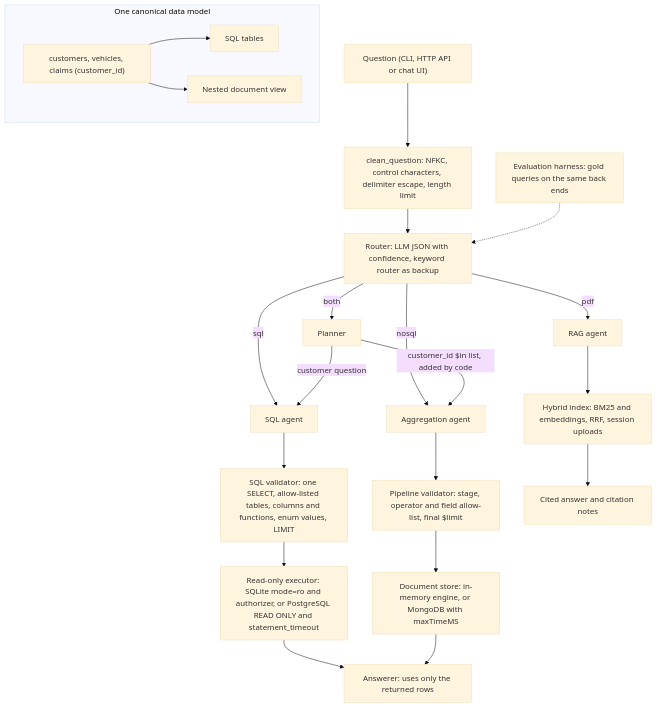
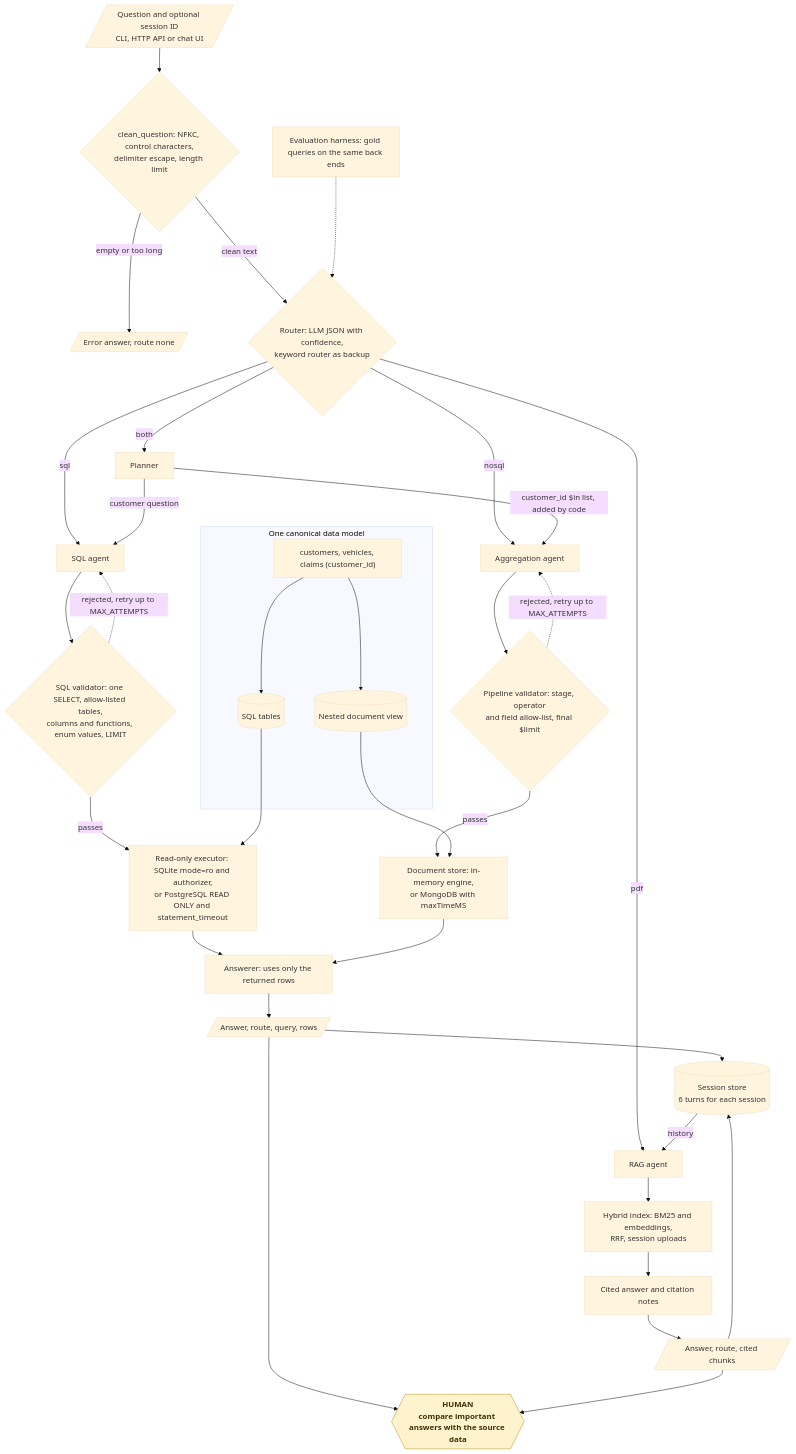
One commit to KrishnaAnnavaram/policypilot changed the fifth of 23 diagrams in README.md. Above: the diagram before and after it, drawn with Mermaid (base theme). The commit also changed other lines of this file, not shown here.

Commit message:
Add the workflow diagrams to the README

````diff
--- a/README.md
+++ b/README.md
@@ -229,24 +308,39 @@
 ```mermaid
-flowchart TB
-    Q["Question (CLI, HTTP API or chat UI)"] --> C["clean_question: NFKC, control characters, delimiter escape, length limit"]
-    C --> R["Router: LLM JSON with confidence, keyword router as backup"]
-    R -->|"sql"| S["SQL agent"]
-    R -->|"nosql"| M["Aggregation agent"]
-    R -->|"both"| P["Planner"]
-    R -->|"pdf"| G["RAG agent"]
-    S --> SV["SQL validator: one SELECT, allow-listed tables, columns and functions, enum values, LIMIT"]
-    SV --> SX["Read-only executor: SQLite mode=ro and authorizer, or PostgreSQL READ ONLY and statement_timeout"]
-    M --> MV["Pipeline validator: stage, operator and field allow-list, final $limit"]
-    MV --> MX["Document store: in-memory engine, or MongoDB with maxTimeMS"]
-    P -->|"customer question"| S
-    P -->|"customer_id $in list, added by code"| M
-    G --> IX["Hybrid index: BM25 and embeddings, RRF, session uploads"]
+flowchart TD
+    Q[/"Question and optional session ID<br/>CLI, HTTP API or chat UI"/] --> C{"clean_question: NFKC, control characters,<br/>delimiter escape, length limit"}
+    C -- "empty or too long" --> ERR[/"Error answer, route none"/]
+    C -- "clean text" --> R{"Router: LLM JSON with confidence,<br/>keyword router as backup"}
+    R -- "sql" --> S["SQL agent"]
+    R -- "nosql" --> M["Aggregation agent"]
+    R -- "both" --> P["Planner"]
+    R -- "pdf" --> G["RAG agent"]
+    S --> SV{"SQL validator: one SELECT, allow-listed tables,<br/>columns and functions, enum values, LIMIT"}
+    SV -- "passes" --> SX["Read-only executor: SQLite mode=ro and authorizer,<br/>or PostgreSQL READ ONLY and statement_timeout"]
+    M --> MV{"Pipeline validator: stage, operator<br/>and field allow-list, final $limit"}
+    MV -- "passes" --> MX["Document store: in-memory engine,<br/>or MongoDB with maxTimeMS"]
+    SV -. "rejected, retry up to MAX_ATTEMPTS" .-> S
+    MV -. "rejected, retry up to MAX_ATTEMPTS" .-> M
+    P -- "customer question" --> S
+    P -- "customer_id $in list, added by code" --> M
+    HIST[("Session store<br/>6 turns for each session")] -- "history" --> G
+    G --> IX["Hybrid index: BM25 and embeddings,<br/>RRF, session uploads"]
     SX --> A["Answerer: uses only the returned rows"]
     MX --> A
     IX --> A2["Cited answer and citation notes"]
+    A --> OUT[/"Answer, route, query, rows"/]
+    A2 --> OUT2[/"Answer, route, cited chunks"/]
+    OUT --> HIST
+    OUT2 --> HIST
+    OUT --> HUMAN{{"HUMAN<br/>compare important answers with the source data"}}
+    OUT2 --> HUMAN
     subgraph data["One canonical data model"]
-        D["customers, vehicles, claims (customer_id)"] --> DDL["SQL tables"]
-        D --> DOCV["Nested document view"]
+        D["customers, vehicles, claims (customer_id)"] --> DDL[("SQL tables")]
+        D --> DOCV[("Nested document view")]
     end
+    DDL --> SX
+    DOCV --> MX
     EV["Evaluation harness: gold queries on the same back ends"] -.-> R
+
+    classDef human fill:#fff3cd,stroke:#b8901f,color:#3d2f00,font-weight:bold
+    class HUMAN human
 ```
````
